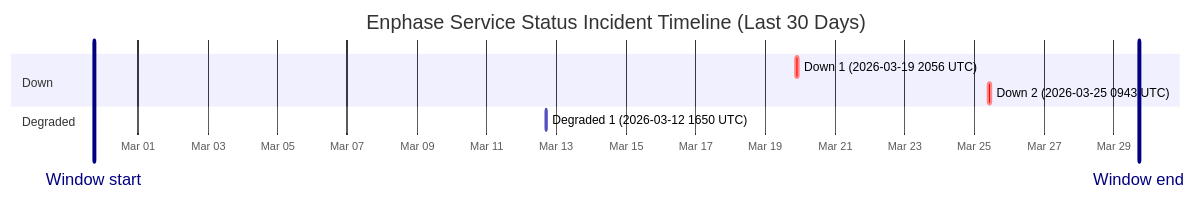
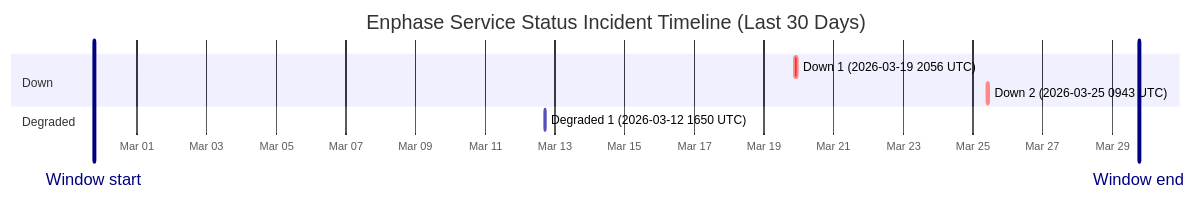
One commit to barneyonline/ha-enphase-ev-charger changed the diagram in wiki/Service-Status-History.md. Above: the diagram before and after it, drawn with Mermaid. The commit also changed other lines of this file and 3 other files, not shown here.

````diff
--- a/wiki/Service-Status-History.md
+++ b/wiki/Service-Status-History.md
@@ -14,13 +14,13 @@
 ```mermaid
 gantt
     title Enphase Service Status Incident Timeline (Last 30 Days)
     dateFormat  YYYY-MM-DDTHH:mm:ss
     axisFormat  %b %d
-    Window start :vert, window-start, 2026-02-27T17:22:00, 0ms
-    Window end :vert, window-end, 2026-03-29T17:22:00, 0ms
+    Window start :vert, window-start, 2026-02-27T18:28:21, 0ms
+    Window end :vert, window-end, 2026-03-29T18:28:21, 0ms
     section Down
     Down 1 (2026-03-19 2056 UTC) :crit, down-1, 2026-03-19T20:56:20, 145m
     Down 2 (2026-03-25 0943 UTC) :crit, down-2, 2026-03-25T09:43:28, 111m
     section Degraded
     Degraded 1 (2026-03-12 1650 UTC) :active, degraded-1, 2026-03-12T16:50:43, 60m
 ```
````
